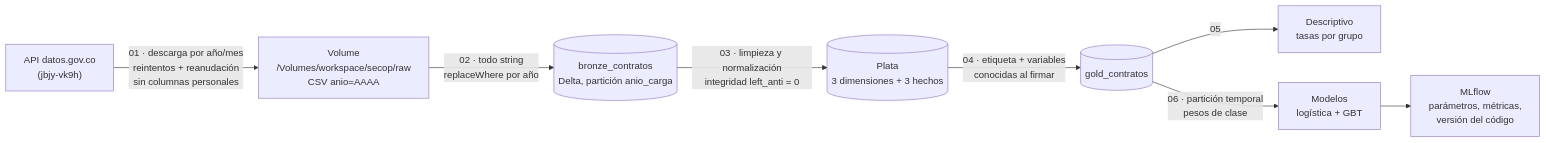
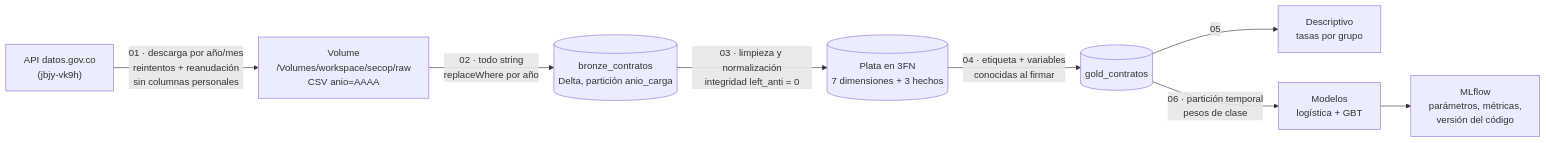
One commit to CristianVallejo0104/proyecto-secop-databricks changed the first of 2 diagrams in README.md. Above: the diagram before and after it, drawn with Mermaid. The commit also changed other lines of this file and 7 other files, not shown here.

````diff
--- a/README.md
+++ b/README.md
@@ -28,10 +28,10 @@
 ```mermaid
 flowchart LR
     API["API datos.gov.co<br/>(jbjy-vk9h)"] -->|"01 · descarga por año/mes<br/>reintentos + reanudación<br/>sin columnas personales"| VOL["Volume<br/>/Volumes/workspace/secop/raw<br/>CSV anio=AAAA"]
     VOL -->|"02 · todo string<br/>replaceWhere por año"| B[("bronze_contratos<br/>Delta, partición anio_carga")]
-    B -->|"03 · limpieza y normalización<br/>integridad left_anti = 0"| P[("Plata<br/>3 dimensiones + 3 hechos")]
+    B -->|"03 · limpieza y normalización<br/>integridad left_anti = 0"| P[("Plata en 3FN<br/>7 dimensiones + 3 hechos")]
     P -->|"04 · etiqueta + variables<br/>conocidas al firmar"| O[("gold_contratos")]
     O -->|05| D["Descriptivo<br/>tasas por grupo"]
     O -->|"06 · partición temporal<br/>pesos de clase"| M["Modelos<br/>logística + GBT"]
     M --> ML["MLflow<br/>parámetros, métricas,<br/>versión del código"]
 ```
````
